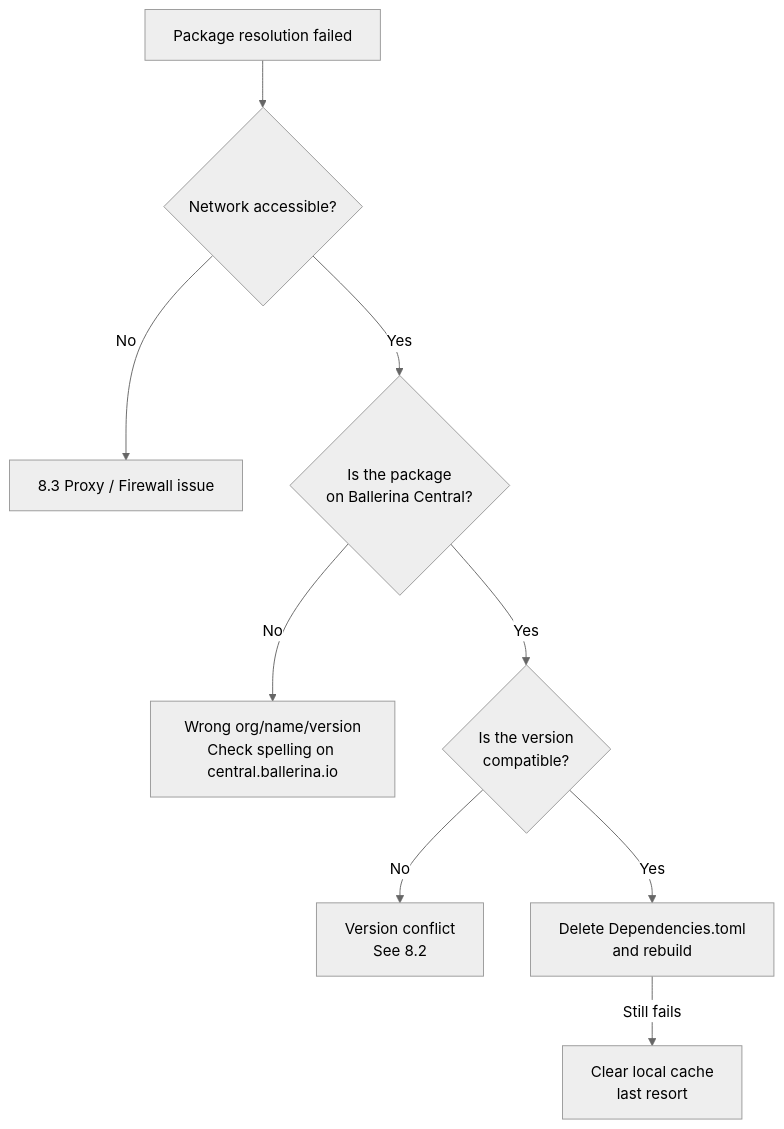
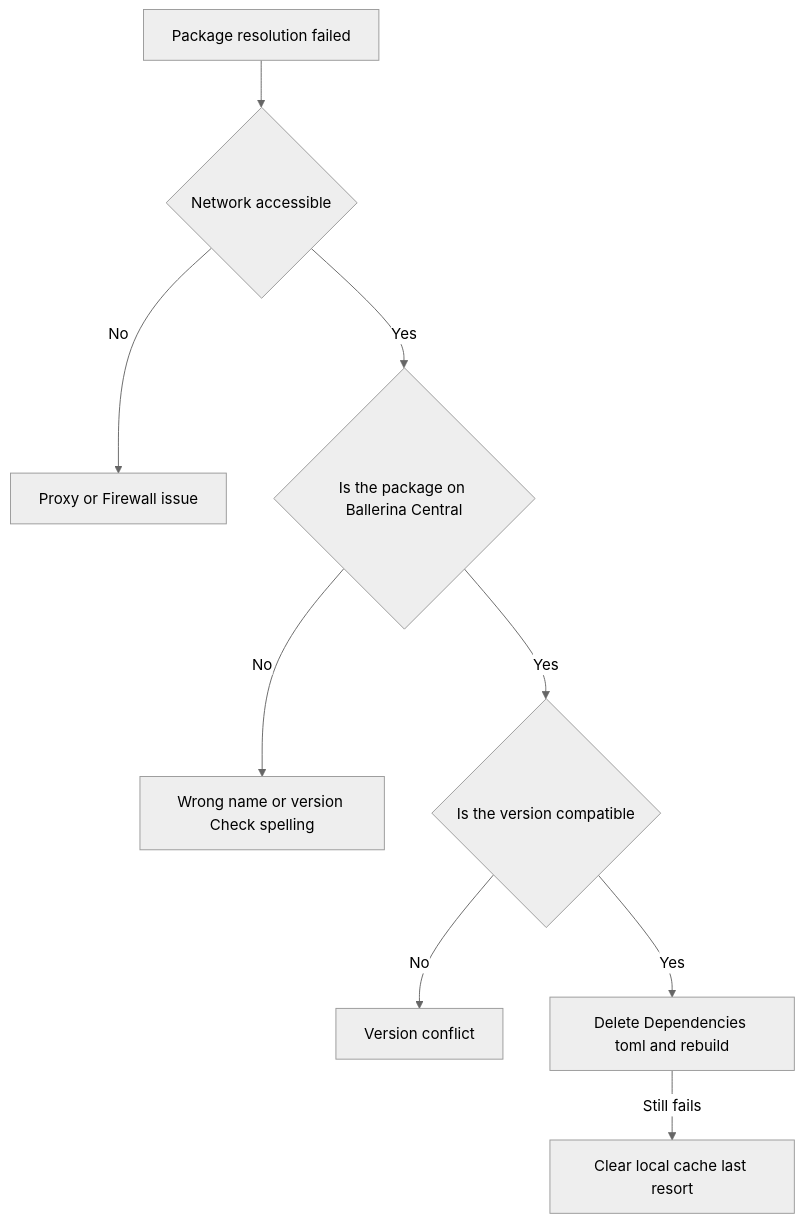
The fourth of 5 diagrams in en/docs/references/ballerina-troubleshooting-guide.md (wso2/docs-bi), drawn with Mermaid (neutral theme) before and after one commit. The commit also changed other lines of this file and 2 other files, not shown here.

Commit message:
Enable Mermaid diagram rendering with custom initialization script and update troubleshooting guide diagrams

````diff
--- a/en/docs/references/ballerina-troubleshooting-guide.md
+++ b/en/docs/references/ballerina-troubleshooting-guide.md
@@ -1716,11 +1716,11 @@
 ```mermaid
 flowchart TD
-    A[Package resolution failed] --> B{Network accessible?}
-    B -->|No| C[8.3 Proxy / Firewall issue]
-    B -->|Yes| D{Is the package\non Ballerina Central?}
-    D -->|No| E[Wrong org/name/version\nCheck spelling on central.ballerina.io]
-    D -->|Yes| F{Is the version\ncompatible?}
-    F -->|No| G[Version conflict\nSee 8.2]
-    F -->|Yes| H[Delete Dependencies.toml\nand rebuild]
-    H -->|Still fails| I[Clear local cache\nlast resort]
+    A["Package resolution failed"] --> B{"Network accessible"}
+    B -->|"No"| C["Proxy or Firewall issue"]
+    B -->|"Yes"| D{"Is the package on Ballerina Central"}
+    D -->|"No"| E["Wrong name or version Check spelling"]
+    D -->|"Yes"| F{"Is the version compatible"}
+    F -->|"No"| G["Version conflict"]
+    F -->|"Yes"| H["Delete Dependencies toml and rebuild"]
+    H -->|"Still fails"| I["Clear local cache last resort"]
 ```
````
